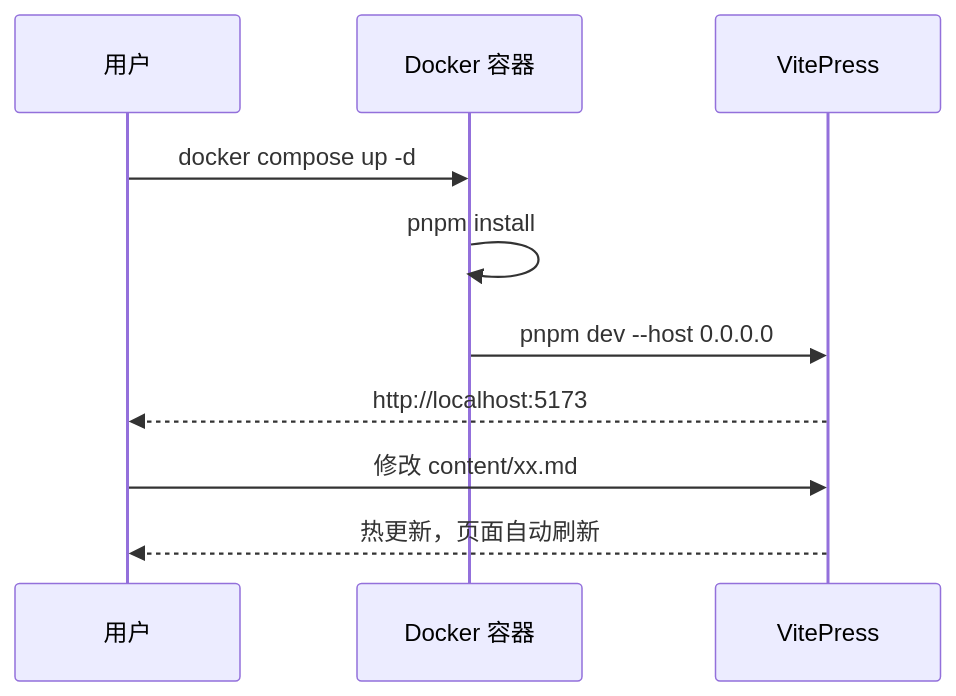
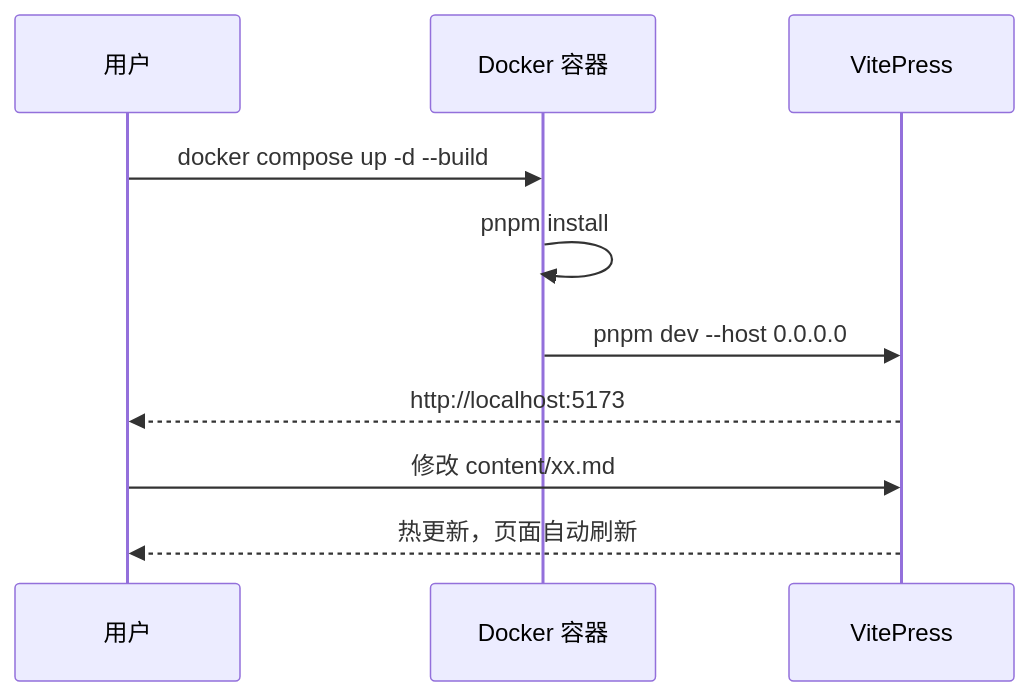
One commit to Chungtow/vitepress-note-starter changed the second of 4 diagrams in content/guide/mermaid.md. Above: the diagram before and after it, drawn with Mermaid. The commit also changed 7 other files, not shown here.

````diff
--- a/content/guide/mermaid.md
+++ b/content/guide/mermaid.md
@@ -36,12 +36,12 @@
 ```mermaid
 sequenceDiagram
     participant U as 用户
     participant C as Docker 容器
     participant V as VitePress
-    U->>C: docker compose up -d
+    U->>C: docker compose up -d --build
     C->>C: pnpm install
     C->>V: pnpm dev --host 0.0.0.0
     V-->>U: http://localhost:5173
     U->>V: 修改 content/xx.md
     V-->>U: 热更新，页面自动刷新
 ```
````
